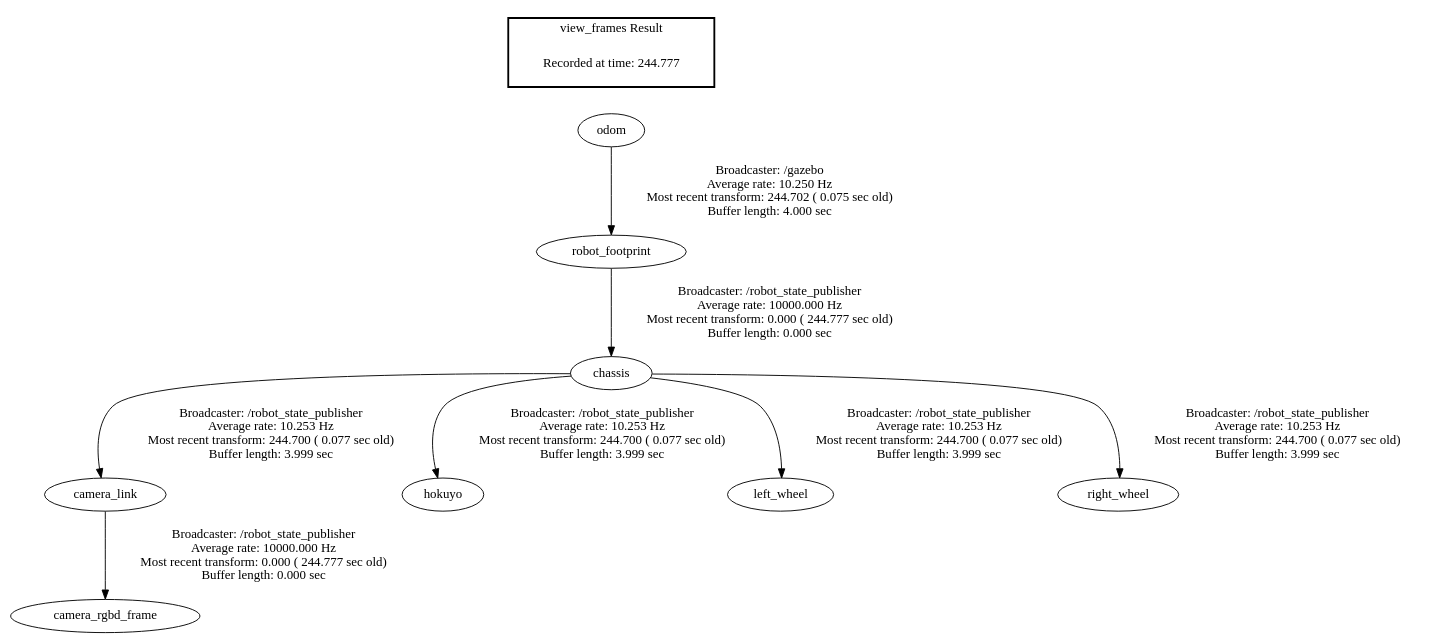
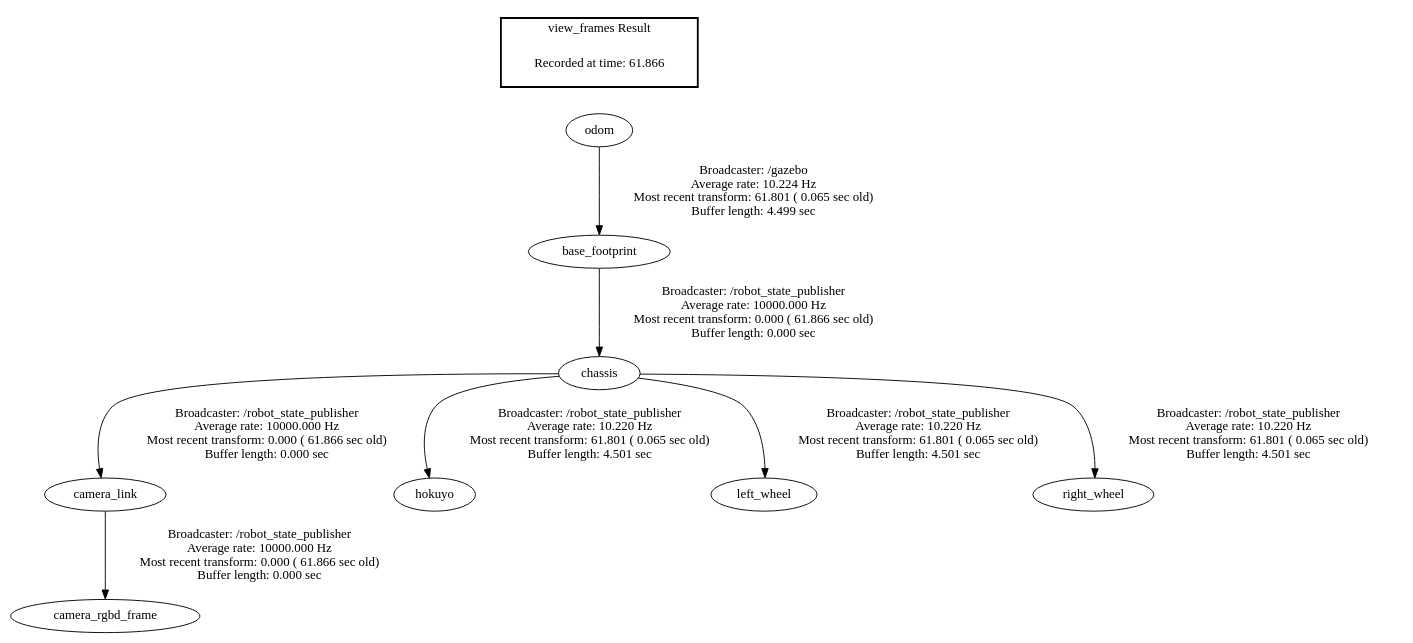
The diagram in images/frames.gv (Robotics-lessons/term2-slam-project), drawn with Graphviz before and after one commit. The commit also changed 3 other files, not shown here.

Commit message:
feat: modify camera frame joint

```diff
--- a/images/frames.gv
+++ b/images/frames.gv
@@ -1,13 +1,13 @@
 digraph G {
-"camera_link" -> "camera_rgbd_frame"[label="Broadcaster: /robot_state_publisher\nAverage rate: 10000.000 Hz\nMost recent transform: 0.000 ( 244.777 sec old)\nBuffer length: 0.000 sec\n"];
-"chassis" -> "camera_link"[label="Broadcaster: /robot_state_publisher\nAverage rate: 10.253 Hz\nMost recent transform: 244.700 ( 0.077 sec old)\nBuffer length: 3.999 sec\n"];
-"robot_footprint" -> "chassis"[label="Broadcaster: /robot_state_publisher\nAverage rate: 10000.000 Hz\nMost recent transform: 0.000 ( 244.777 sec old)\nBuffer length: 0.000 sec\n"];
-"odom" -> "robot_footprint"[label="Broadcaster: /gazebo\nAverage rate: 10.250 Hz\nMost recent transform: 244.702 ( 0.075 sec old)\nBuffer length: 4.000 sec\n"];
-"chassis" -> "hokuyo"[label="Broadcaster: /robot_state_publisher\nAverage rate: 10.253 Hz\nMost recent transform: 244.700 ( 0.077 sec old)\nBuffer length: 3.999 sec\n"];
-"chassis" -> "left_wheel"[label="Broadcaster: /robot_state_publisher\nAverage rate: 10.253 Hz\nMost recent transform: 244.700 ( 0.077 sec old)\nBuffer length: 3.999 sec\n"];
-"chassis" -> "right_wheel"[label="Broadcaster: /robot_state_publisher\nAverage rate: 10.253 Hz\nMost recent transform: 244.700 ( 0.077 sec old)\nBuffer length: 3.999 sec\n"];
+"base_footprint" -> "chassis"[label="Broadcaster: /robot_state_publisher\nAverage rate: 10000.000 Hz\nMost recent transform: 0.000 ( 61.866 sec old)\nBuffer length: 0.000 sec\n"];
+"odom" -> "base_footprint"[label="Broadcaster: /gazebo\nAverage rate: 10.224 Hz\nMost recent transform: 61.801 ( 0.065 sec old)\nBuffer length: 4.499 sec\n"];
+"chassis" -> "camera_link"[label="Broadcaster: /robot_state_publisher\nAverage rate: 10000.000 Hz\nMost recent transform: 0.000 ( 61.866 sec old)\nBuffer length: 0.000 sec\n"];
+"camera_link" -> "camera_rgbd_frame"[label="Broadcaster: /robot_state_publisher\nAverage rate: 10000.000 Hz\nMost recent transform: 0.000 ( 61.866 sec old)\nBuffer length: 0.000 sec\n"];
+"chassis" -> "hokuyo"[label="Broadcaster: /robot_state_publisher\nAverage rate: 10.220 Hz\nMost recent transform: 61.801 ( 0.065 sec old)\nBuffer length: 4.501 sec\n"];
+"chassis" -> "left_wheel"[label="Broadcaster: /robot_state_publisher\nAverage rate: 10.220 Hz\nMost recent transform: 61.801 ( 0.065 sec old)\nBuffer length: 4.501 sec\n"];
+"chassis" -> "right_wheel"[label="Broadcaster: /robot_state_publisher\nAverage rate: 10.220 Hz\nMost recent transform: 61.801 ( 0.065 sec old)\nBuffer length: 4.501 sec\n"];
 edge [style=invis];
  subgraph cluster_legend { style=bold; color=black; label ="view_frames Result";
-"Recorded at time: 244.777"[ shape=plaintext ] ;
+"Recorded at time: 61.866"[ shape=plaintext ] ;
  }->"odom";
 }
```
